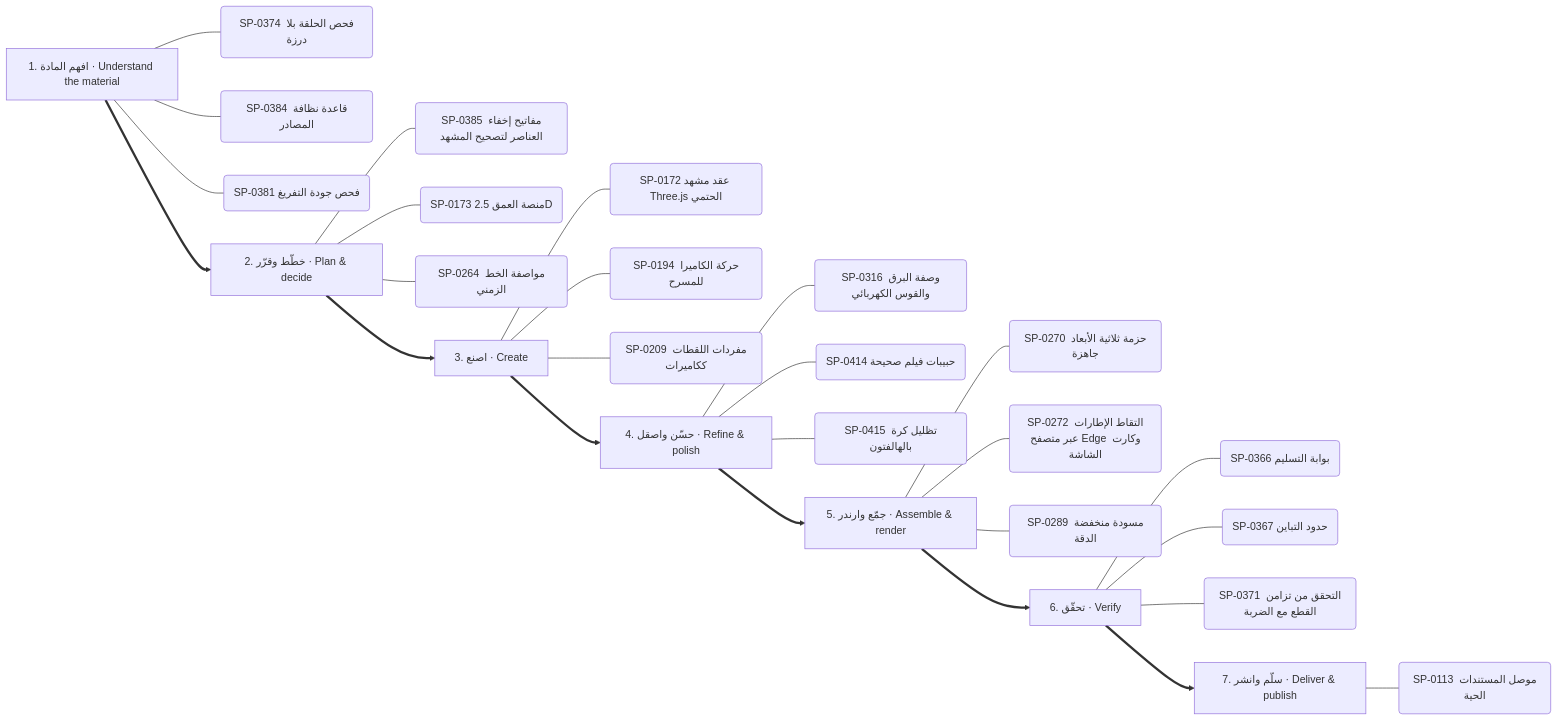
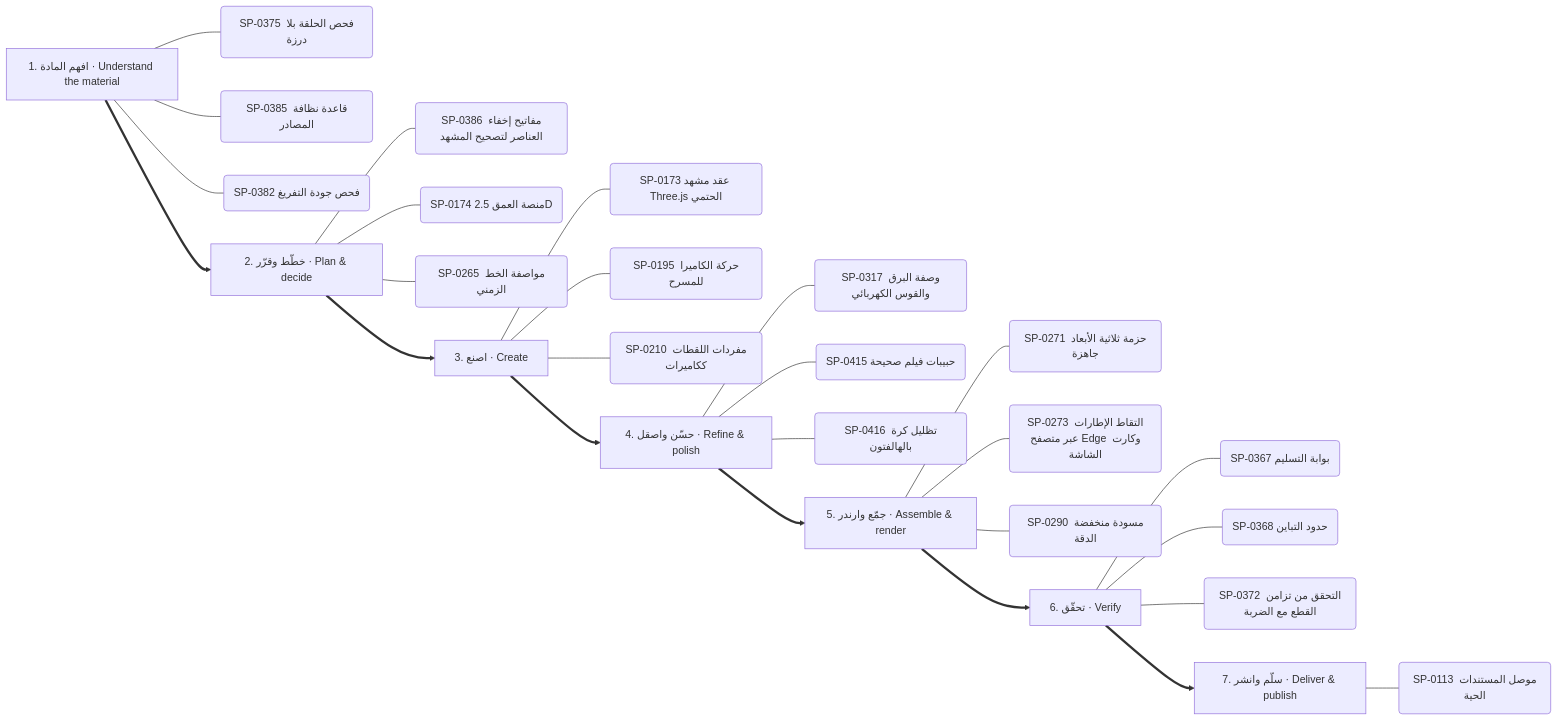
Before and after one commit to kosif199022-jpg/kosif-tool: the eighth of 13 diagrams in .claude/skills/kosif-superpowers/references/capability-mindmap.md, drawn with Mermaid. The commit also changed other lines of this file and 57 other files, not shown here.

````diff
--- a/.claude/skills/kosif-superpowers/references/capability-mindmap.md
+++ b/.claude/skills/kosif-superpowers/references/capability-mindmap.md
@@ -415,35 +415,35 @@
 ```mermaid
 flowchart LR
   S0["1. افهم المادة · Understand the material"]
-  S0 --- S0_0("SP-0374 فحص الحلقة بلا درزة")
-  S0 --- S0_1("SP-0384 قاعدة نظافة المصادر")
-  S0 --- S0_2("SP-0381 فحص جودة التفريغ")
+  S0 --- S0_0("SP-0375 فحص الحلقة بلا درزة")
+  S0 --- S0_1("SP-0385 قاعدة نظافة المصادر")
+  S0 --- S0_2("SP-0382 فحص جودة التفريغ")
   S1["2. خطّط وقرّر · Plan & decide"]
-  S1 --- S1_0("SP-0385 مفاتيح إخفاء العناصر لتصحيح المشهد")
-  S1 --- S1_1("SP-0173 منصة العمق 2.5D")
-  S1 --- S1_2("SP-0264 مواصفة الخط الزمني")
+  S1 --- S1_0("SP-0386 مفاتيح إخفاء العناصر لتصحيح المشهد")
+  S1 --- S1_1("SP-0174 منصة العمق 2.5D")
+  S1 --- S1_2("SP-0265 مواصفة الخط الزمني")
   S0 ==> S1
   S2["3. اصنع · Create"]
-  S2 --- S2_0("SP-0172 عقد مشهد Three.js الحتمي")
-  S2 --- S2_1("SP-0194 حركة الكاميرا للمسرح")
-  S2 --- S2_2("SP-0209 مفردات اللقطات ككاميرات")
+  S2 --- S2_0("SP-0173 عقد مشهد Three.js الحتمي")
+  S2 --- S2_1("SP-0195 حركة الكاميرا للمسرح")
+  S2 --- S2_2("SP-0210 مفردات اللقطات ككاميرات")
   S1 ==> S2
   S3["4. حسّن واصقل · Refine & polish"]
-  S3 --- S3_0("SP-0316 وصفة البرق والقوس الكهربائي")
-  S3 --- S3_1("SP-0414 حبيبات فيلم صحيحة")
-  S3 --- S3_2("SP-0415 تظليل كرة بالهالفتون")
+  S3 --- S3_0("SP-0317 وصفة البرق والقوس الكهربائي")
+  S3 --- S3_1("SP-0415 حبيبات فيلم صحيحة")
+  S3 --- S3_2("SP-0416 تظليل كرة بالهالفتون")
   S2 ==> S3
   S4["5. جمّع وارندر · Assemble & render"]
-  S4 --- S4_0("SP-0270 حزمة ثلاثية الأبعاد جاهزة")
-  S4 --- S4_1("SP-0272 التقاط الإطارات عبر متصفح Edge وكارت الشاشة")
-  S4 --- S4_2("SP-0289 مسودة منخفضة الدقة")
+  S4 --- S4_0("SP-0271 حزمة ثلاثية الأبعاد جاهزة")
+  S4 --- S4_1("SP-0273 التقاط الإطارات عبر متصفح Edge وكارت الشاشة")
+  S4 --- S4_2("SP-0290 مسودة منخفضة الدقة")
   S3 ==> S4
   S5["6. تحقّق · Verify"]
-  S5 --- S5_0("SP-0366 بوابة التسليم")
-  S5 --- S5_1("SP-0367 حدود التباين")
-  S5 --- S5_2("SP-0371 التحقق من تزامن القطع مع الضربة")
+  S5 --- S5_0("SP-0367 بوابة التسليم")
+  S5 --- S5_1("SP-0368 حدود التباين")
+  S5 --- S5_2("SP-0372 التحقق من تزامن القطع مع الضربة")
   S4 ==> S5
   S6["7. سلّم وانشر · Deliver & publish"]
   S6 --- S6_0("SP-0113 موصل المستندات الحية")
   S5 ==> S6
 ```
````
